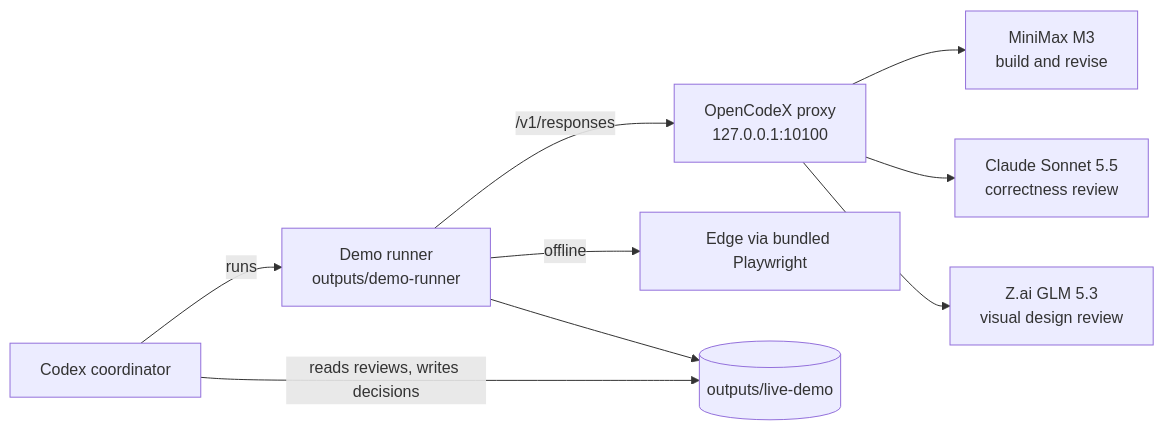
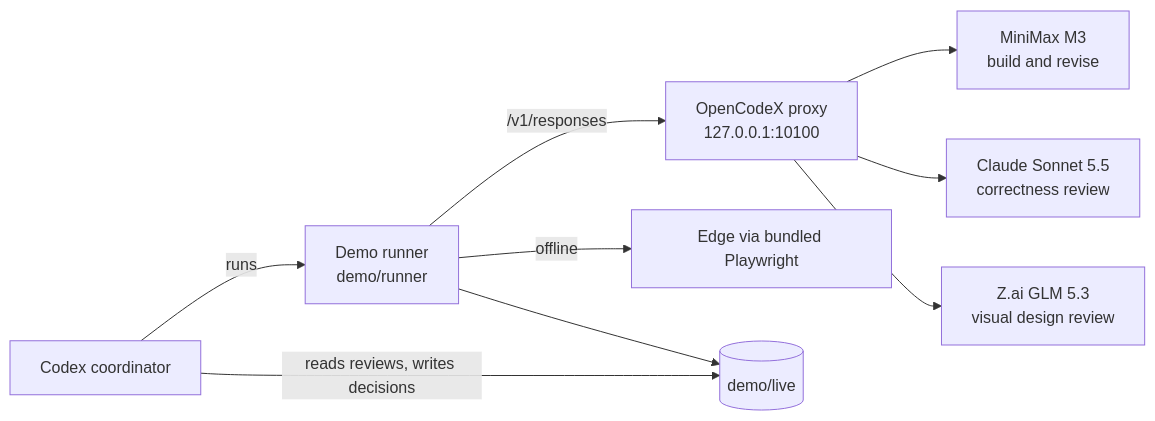
The diagram in docs/architecture.md (Max-FM/RDP-Train-the-Trainer-Workshop-2026), drawn with Mermaid before and after one commit. The commit also changed other lines of this file and 30 other files, not shown here.

````diff
--- a/docs/architecture.md
+++ b/docs/architecture.md
@@ -5,11 +5,11 @@
 ```mermaid
 flowchart LR
-    C[Codex coordinator] -->|runs| R[Demo runner<br/>outputs/demo-runner]
+    C[Codex coordinator] -->|runs| R[Demo runner<br/>demo/runner]
     R -->|/v1/responses| P[OpenCodeX proxy<br/>127.0.0.1:10100]
     P --> M[MiniMax M3<br/>build and revise]
     P --> S[Claude Sonnet 5.5<br/>correctness review]
     P --> Z[Z.ai GLM 5.3<br/>visual design review]
     R -->|offline| E[Edge via bundled Playwright]
-    C -->|reads reviews, writes decisions| F[(outputs/live-demo)]
+    C -->|reads reviews, writes decisions| F[(demo/live)]
     R --> F
 ```
````
